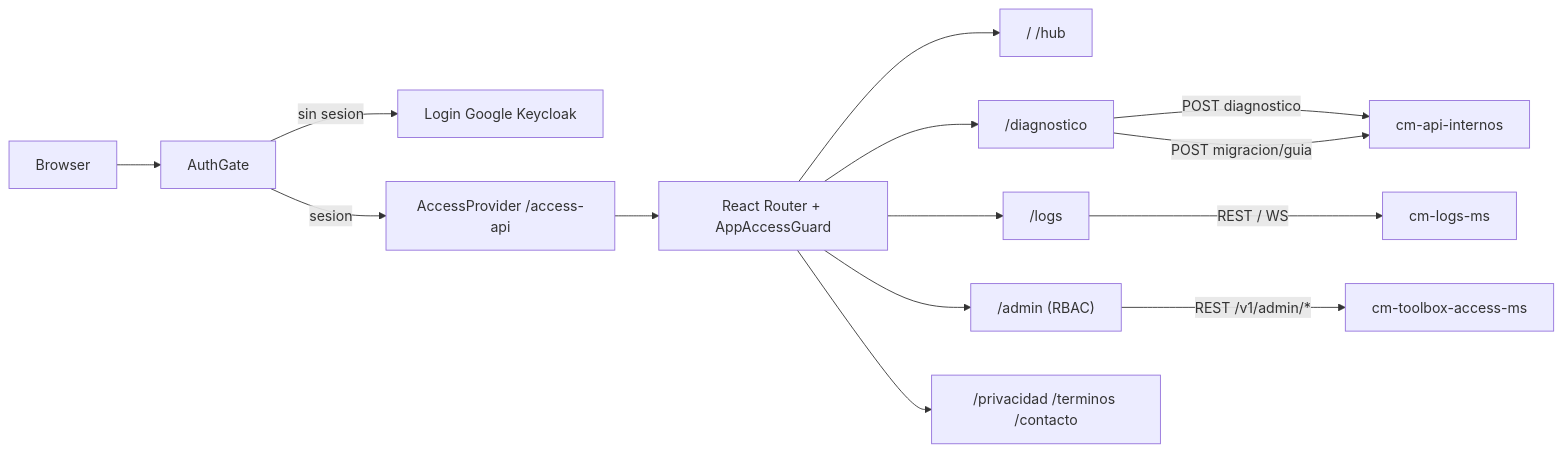
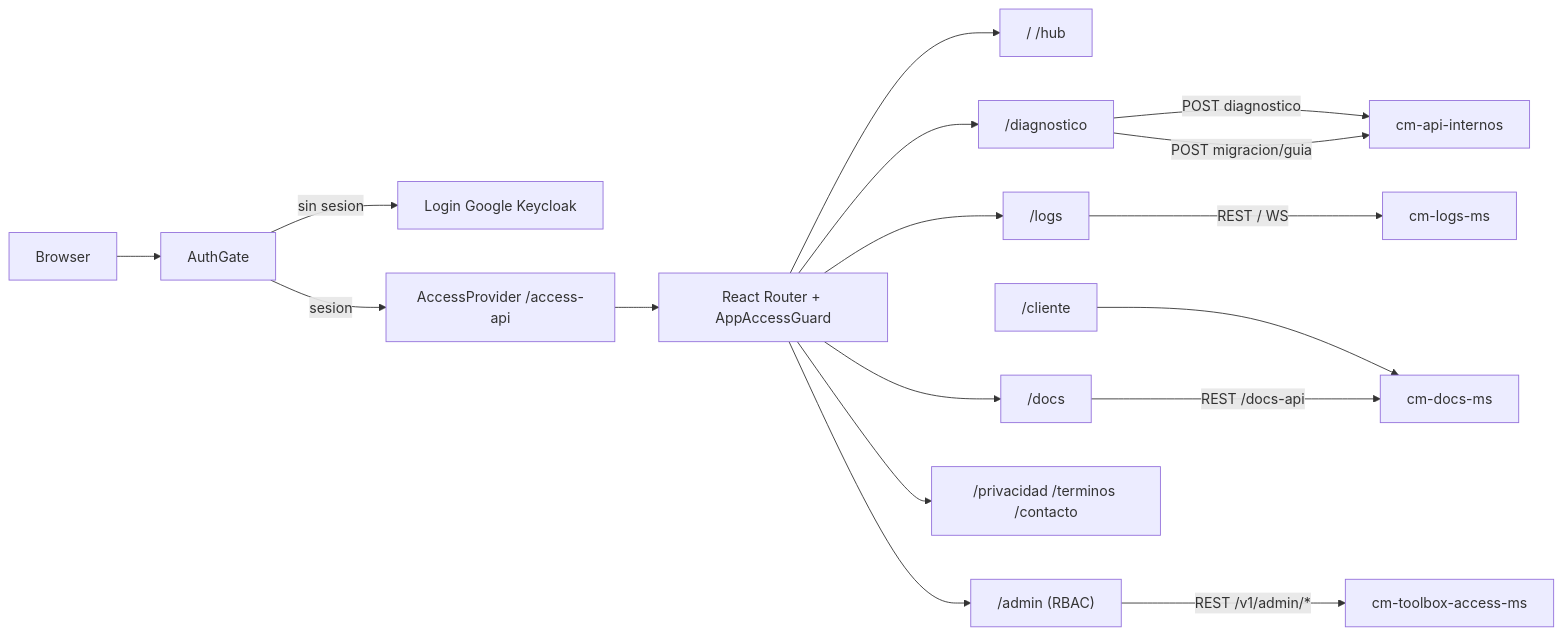
One commit to MateoRuiz123/cm-toolbox-front changed the diagram in README.md. Above: the diagram before and after it, drawn with Mermaid. The commit also changed other lines of this file and 95 other files, not shown here.

````diff
--- a/README.md
+++ b/README.md
@@ -11,16 +11,19 @@
 ```mermaid
 flowchart LR
   Browser --> AuthGate
   AuthGate -->|sin sesion| Login[Login Google Keycloak]
   AuthGate -->|sesion| AccessProvider[AccessProvider /access-api]
   AccessProvider --> ReactRouter[React Router + AppAccessGuard]
   ReactRouter --> Hub["/ /hub"]
   ReactRouter --> Diag["/diagnostico"]
   ReactRouter --> Logs["/logs"]
+  ReactRouter --> Docs["/docs"]
   ReactRouter --> Admin["/admin (RBAC)"]
   ReactRouter --> Legal["/privacidad /terminos /contacto"]
+  Cliente["/cliente"] --> DocsMs
   Diag -->|POST diagnostico| ApiInternos[cm-api-internos]
   Diag -->|POST migracion/guia| ApiInternos
   Logs -->|REST / WS| LogsMs[cm-logs-ms]
+  Docs -->|REST /docs-api| DocsMs[cm-docs-ms]
   Admin -->|REST /v1/admin/*| AccessMs[cm-toolbox-access-ms]
 ```
````
